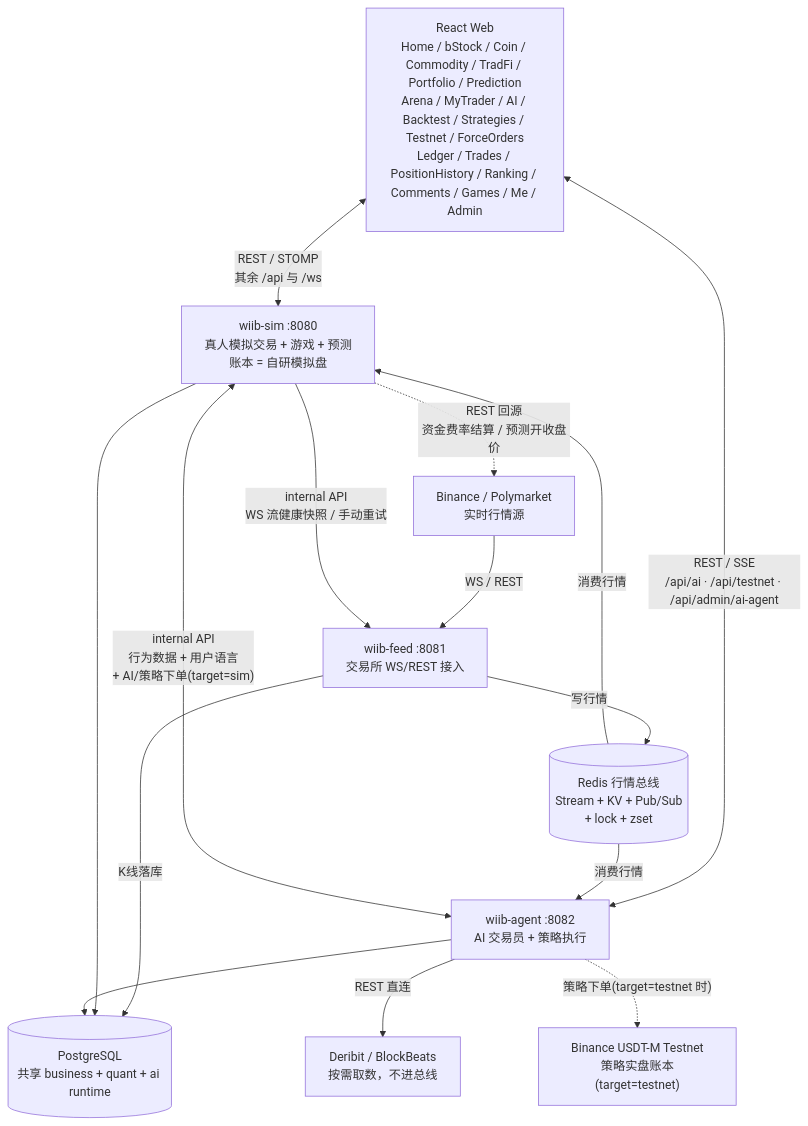
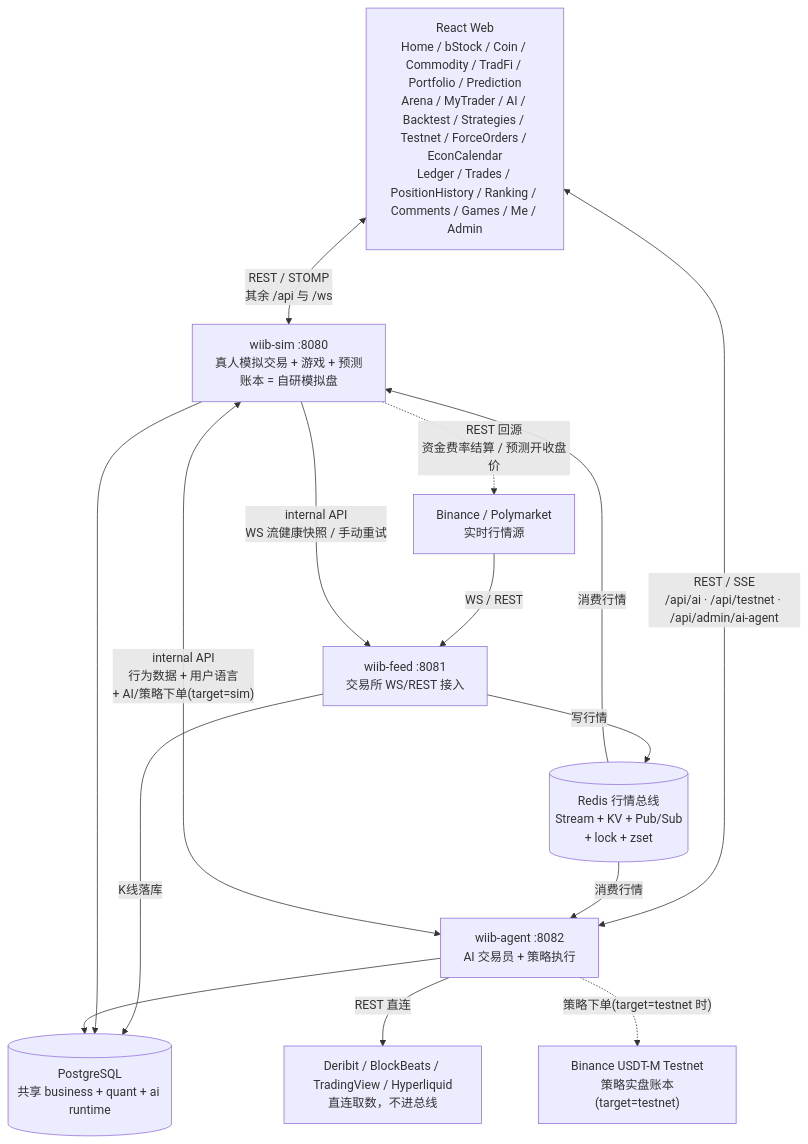
The diagram in docs/architecture.md (Smith-106/wtfibought), drawn with Mermaid before and after one commit. The commit also changed other lines of this file and 4 other files, not shown here.

````diff
--- a/docs/architecture.md
+++ b/docs/architecture.md
@@ -9,27 +9,27 @@
 ```mermaid
 flowchart TD
-    UI["React Web<br/>Home / bStock / Coin / Commodity / TradFi / Portfolio / Prediction<br/>Arena / MyTrader / AI / Backtest / Strategies / Testnet / ForceOrders<br/>Ledger / Trades / PositionHistory / Ranking / Comments / Games / Me / Admin"]
+    UI["React Web<br/>Home / bStock / Coin / Commodity / TradFi / Portfolio / Prediction<br/>Arena / MyTrader / AI / Backtest / Strategies / Testnet / ForceOrders / EconCalendar<br/>Ledger / Trades / PositionHistory / Ranking / Comments / Games / Me / Admin"]
     EXC["Binance / Polymarket<br/>实时行情源"]
-    EXT["Deribit / BlockBeats<br/>按需取数，不进总线"]
+    EXT["Deribit / BlockBeats / TradingView / Hyperliquid<br/>直连取数，不进总线"]
     FEED["wiib-feed :8081<br/>交易所 WS/REST 接入"]
     SIM["wiib-sim :8080<br/>真人模拟交易 + 游戏 + 预测<br/>账本 = 自研模拟盘"]
     AGENT["wiib-agent :8082<br/>AI 交易员 + 策略执行"]
     DB[("PostgreSQL<br/>共享 business + quant + ai runtime")]
     REDIS[("Redis 行情总线<br/>Stream + KV + Pub/Sub<br/>+ lock + zset")]
     TESTNET["Binance USDT-M Testnet<br/>策略实盘账本(target=testnet)"]
 
     EXC -->|WS / REST| FEED
     SIM -.->|"REST 回源<br/>资金费率结算 / 预测开收盘价"| EXC
     AGENT -->|REST 直连| EXT
     FEED -->|写行情| REDIS
     FEED -->|K线落库| DB
     UI <-->|"REST / STOMP<br/>其余 /api 与 /ws"| SIM
     UI <-->|"REST / SSE<br/>/api/ai · /api/testnet · /api/admin/ai-agent"| AGENT
     REDIS -->|消费行情| SIM
     REDIS -->|消费行情| AGENT
     SIM --> DB
     AGENT --> DB
     SIM <-->|"internal API<br/>行为数据 + 用户语言<br/>+ AI/策略下单(target=sim)"| AGENT
     SIM -->|"internal API<br/>WS 流健康快照 / 手动重试"| FEED
     AGENT -.->|"策略下单(target=testnet 时)"| TESTNET
 ```
````
